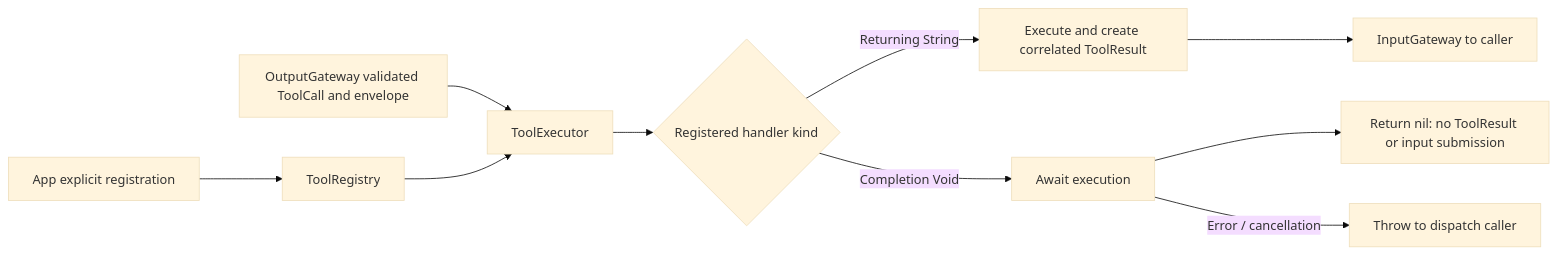
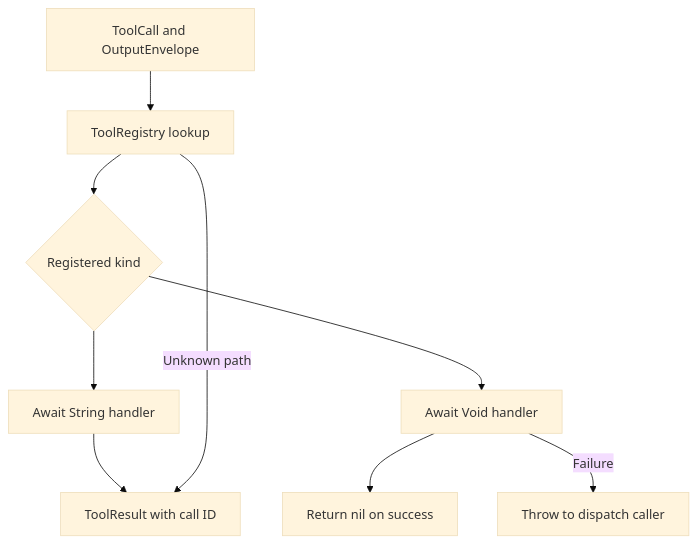
One commit to devilyouwei/MobileHarness changed the second of 2 diagrams in MobileHarness/ToolRuntime/README.md. Above: the diagram before and after it, drawn with Mermaid (base theme). The commit also changed other lines of this file and 53 other files, not shown here.

````diff
--- a/MobileHarness/ToolRuntime/README.md
+++ b/MobileHarness/ToolRuntime/README.md
@@ -5,12 +30,11 @@
 ```mermaid
-flowchart LR
-    App[App explicit registration] --> Registry[ToolRegistry]
-    Gateway[OutputGateway validated ToolCall and envelope] --> Executor[ToolExecutor]
-    Registry --> Executor
-    Executor --> Kind{Registered handler kind}
-    Kind -->|Returning String| Value[Execute and create correlated ToolResult]
-    Value --> Input[InputGateway to caller]
-    Kind -->|Completion Void| UI[Await execution]
-    UI --> End[Return nil: no ToolResult or input submission]
-    UI -->|Error / cancellation| Fail[Throw to dispatch caller]
+flowchart TD
+    Call[ToolCall and OutputEnvelope] --> Lookup[ToolRegistry lookup]
+    Lookup --> Kind{Registered kind}
+    Kind --> Returning[Await String handler]
+    Returning --> Result[ToolResult with call ID]
+    Kind --> Completion[Await Void handler]
+    Completion --> Done[Return nil on success]
+    Completion -->|Failure| Throw[Throw to dispatch caller]
+    Lookup -->|Unknown path| Result
 ```
````
